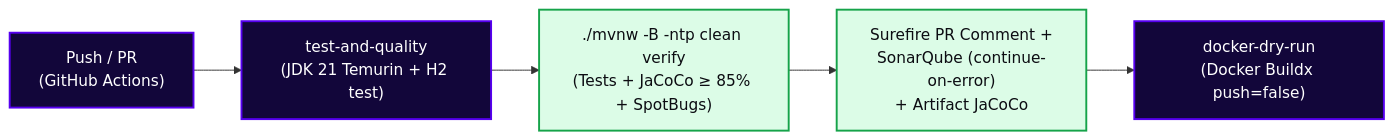
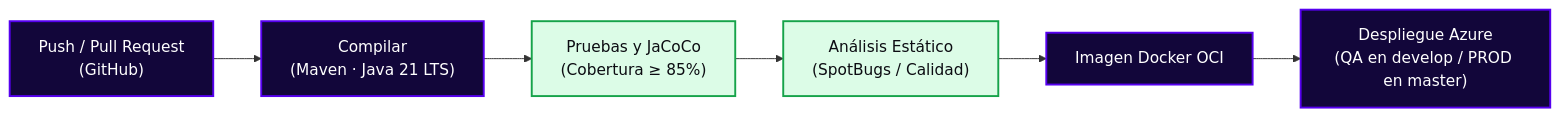
Before and after one commit to StyleRadar1/RST-Inventory-Service: the diagram in docs/secciones/09-cicd-pipeline.md, drawn with Mermaid. The commit also changed other lines of this file and 10 other files, not shown here.

````diff
--- a/docs/secciones/09-cicd-pipeline.md
+++ b/docs/secciones/09-cicd-pipeline.md
@@ -35,13 +40,14 @@
 ```mermaid
 flowchart LR
-    A["Push / PR<br>(GitHub Actions)"] --> B["test-and-quality<br>(JDK 21 Temurin + H2 test)"]
-    B --> C["./mvnw -B -ntp clean verify<br>(Tests + JaCoCo ≥ 85% + SpotBugs)"]
-    C --> D["Surefire PR Comment +<br>SonarQube (continue-on-error)<br>+ Artifact JaCoCo"]
-    D --> E["docker-dry-run<br>(Docker Buildx push=false)"]
+    A["Push / Pull Request<br/>(GitHub)"] --> B["Compilar<br/>(Maven · Java 21 LTS)"]
+    B --> C["Pruebas y JaCoCo<br/>(Cobertura ≥ 85%)"]
+    C --> D["Análisis Estático<br/>(SpotBugs / Calidad)"]
+    D --> E["Imagen Docker OCI"]
+    E --> F["Despliegue Azure<br/>(QA en develop / PROD en master)"]
 
     classDef step fill:#12063A,stroke:#5600EF,stroke-width:2px,color:#FFFFFF;
     classDef pass fill:#DCFCE7,stroke:#16A34A,stroke-width:2px,color:#0C0C12;
 
-    class A,B,E step;
+    class A,B,E,F step;
     class C,D pass;
 ```
````
